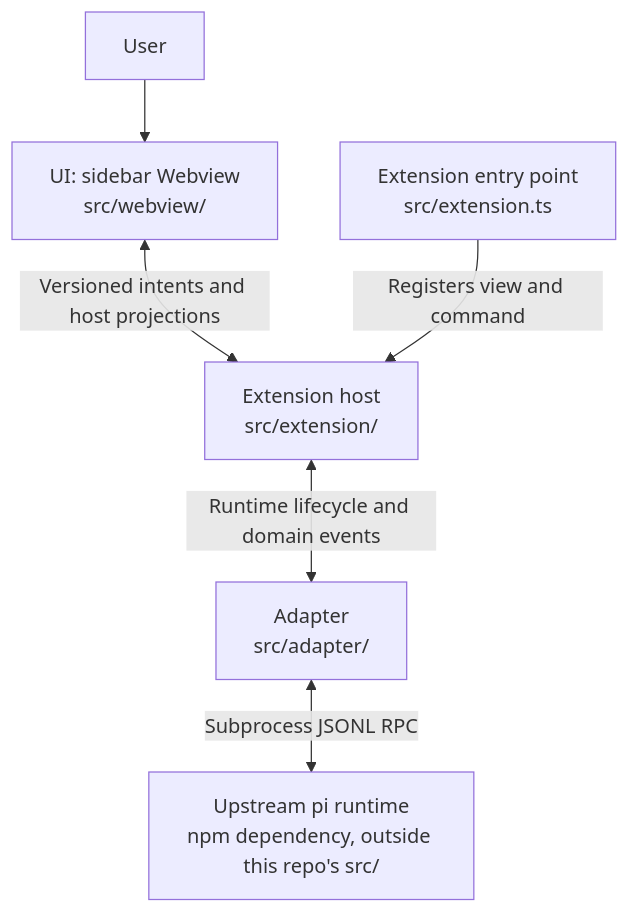
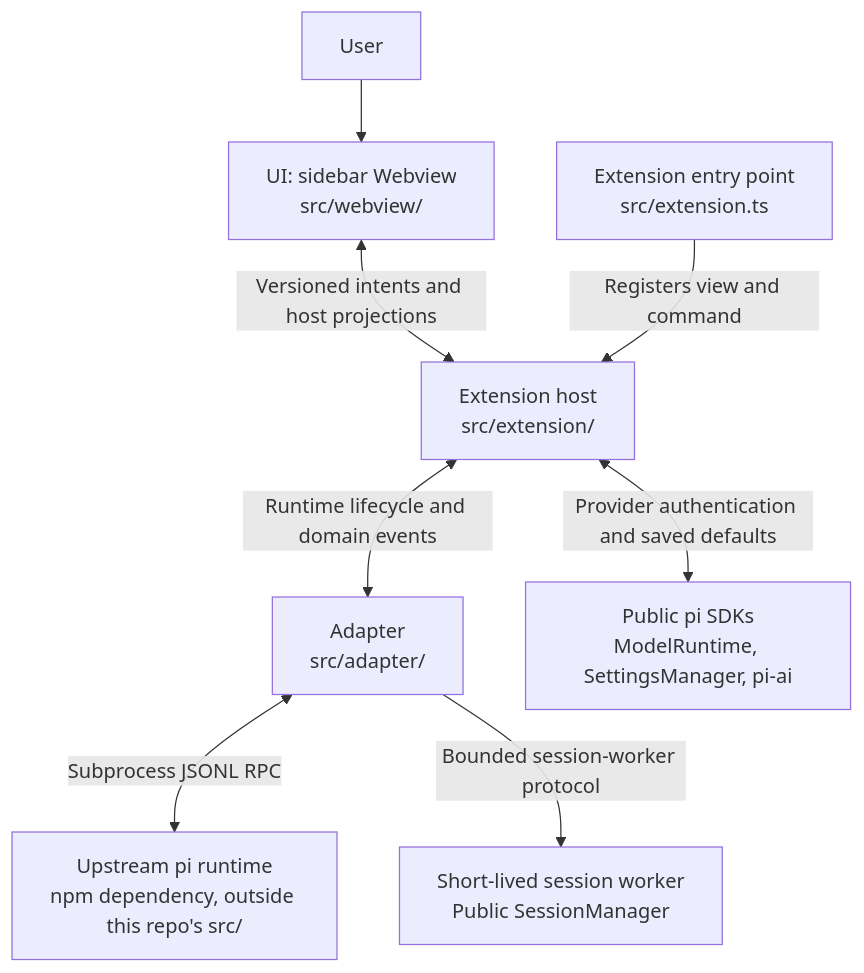
One commit to Hex4C59/pi-vscode changed the diagram in docs/architecture/vscode-extension-architecture.md. Above: the diagram before and after it, drawn with Mermaid. The commit also changed other lines of this file and 23 other files, not shown here.

````diff
--- a/docs/architecture/vscode-extension-architecture.md
+++ b/docs/architecture/vscode-extension-architecture.md
@@ -33,8 +33,10 @@
 ```mermaid
 flowchart TD
     U["User"] --> W["UI: sidebar Webview<br/>src/webview/"]
     W <-->|"Versioned intents and host projections"| H["Extension host<br/>src/extension/"]
     H <-->|"Runtime lifecycle and domain events"| A["Adapter<br/>src/adapter/"]
     A <-->|"Subprocess JSONL RPC"| P["Upstream pi runtime<br/>npm dependency, outside this repo's src/"]
+    H <-->|"Provider authentication and saved defaults"| S["Public pi SDKs<br/>ModelRuntime, SettingsManager, pi-ai"]
+    A -->|"Bounded session-worker protocol"| J["Short-lived session worker<br/>Public SessionManager"]
     E["Extension entry point<br/>src/extension.ts"] -->|"Registers view and command"| H
 ```
````
